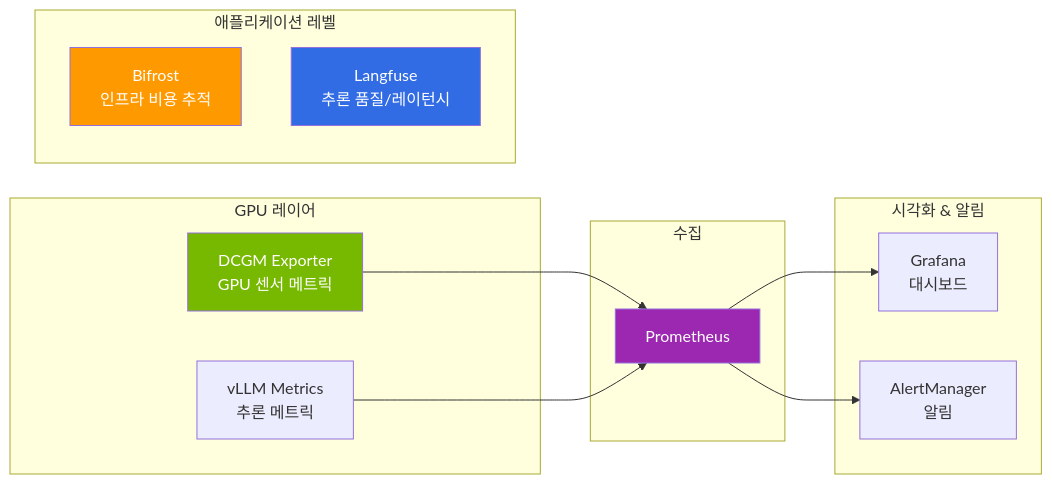
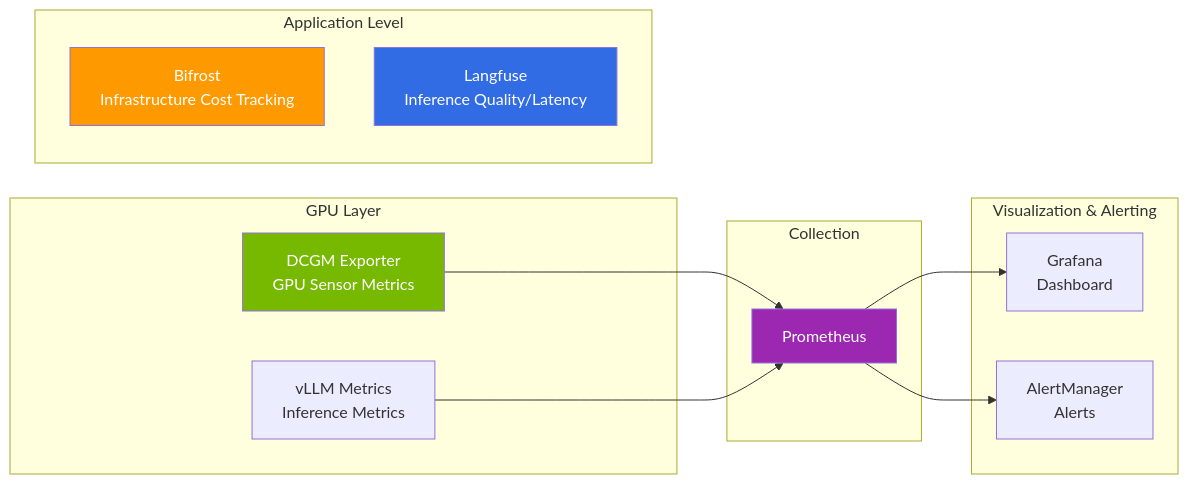
The second of 4 diagrams in i18n/en/docusaurus-plugin-content-docs/current/agentic-ai-platform/model-serving/inference-optimization/cost-optimization.md (devfloor9/engineering-playbook), drawn with Mermaid before and after one commit. The commit also changed other lines of this file and 72 other files, not shown here.

````diff
--- a/i18n/en/docusaurus-plugin-content-docs/current/agentic-ai-platform/model-serving/inference-optimization/cost-optimization.md
+++ b/i18n/en/docusaurus-plugin-content-docs/current/agentic-ai-platform/model-serving/inference-optimization/cost-optimization.md
@@ -150,31 +150,31 @@
 ```mermaid
 flowchart LR
-    subgraph GPU["GPU 레이어"]
-        DCGM[DCGM Exporter<br/>GPU 센서 메트릭]
-        VLLM_M[vLLM Metrics<br/>추론 메트릭]
+    subgraph GPU["GPU Layer"]
+        DCGM[DCGM Exporter<br/>GPU Sensor Metrics]
+        VLLM_M[vLLM Metrics<br/>Inference Metrics]
     end
 
-    subgraph Collect["수집"]
+    subgraph Collect["Collection"]
         PROM[Prometheus]
     end
 
-    subgraph Visualize["시각화 & 알림"]
-        GRAF[Grafana<br/>대시보드]
-        ALERT[AlertManager<br/>알림]
+    subgraph Visualize["Visualization & Alerting"]
+        GRAF[Grafana<br/>Dashboard]
+        ALERT[AlertManager<br/>Alerts]
     end
 
-    subgraph AppLevel["애플리케이션 레벨"]
-        BIFROST[Bifrost<br/>인프라 비용 추적]
-        LANGFUSE[Langfuse<br/>추론 품질/레이턴시]
+    subgraph AppLevel["Application Level"]
+        BIFROST[Bifrost<br/>Infrastructure Cost Tracking]
+        LANGFUSE[Langfuse<br/>Inference Quality/Latency]
     end
 
     DCGM --> PROM
     VLLM_M --> PROM
     PROM --> GRAF
     PROM --> ALERT
 
     style DCGM fill:#76b900,color:#fff
     style PROM fill:#9c27b0,color:#fff
     style BIFROST fill:#ff9900,color:#fff
     style LANGFUSE fill:#326ce5,color:#fff
 ```
````
